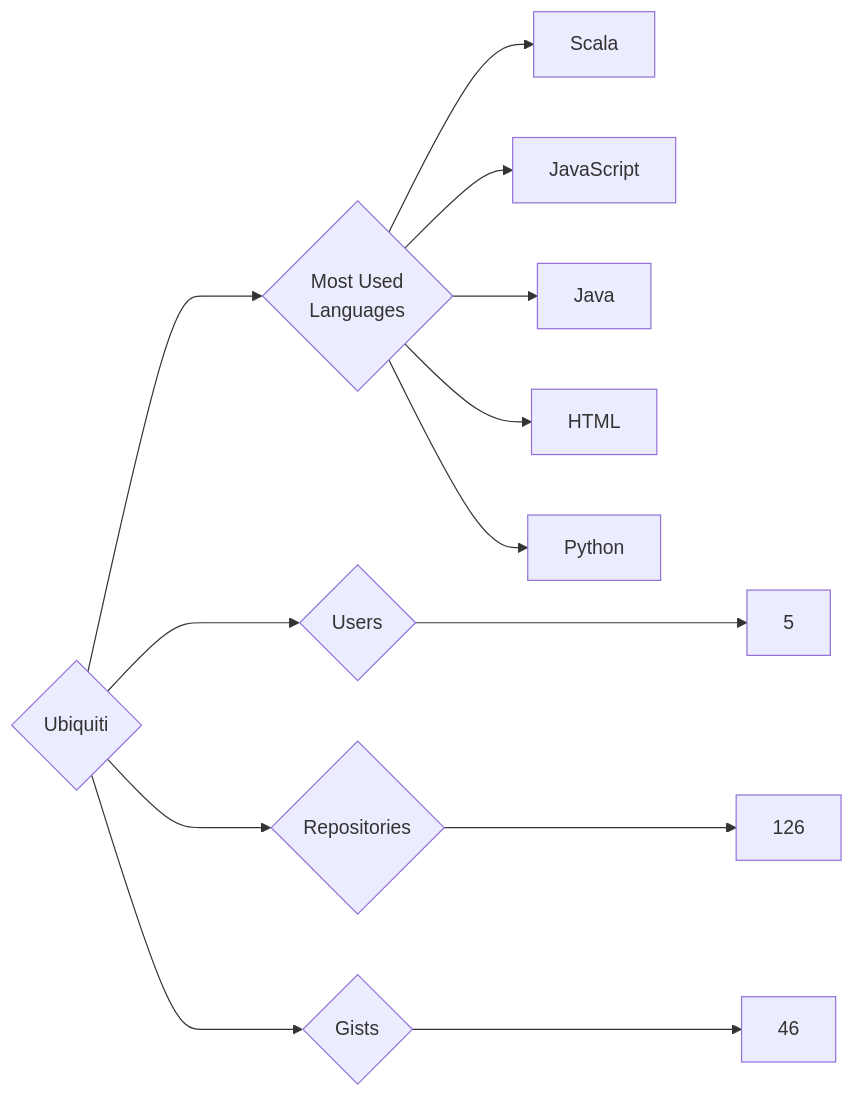
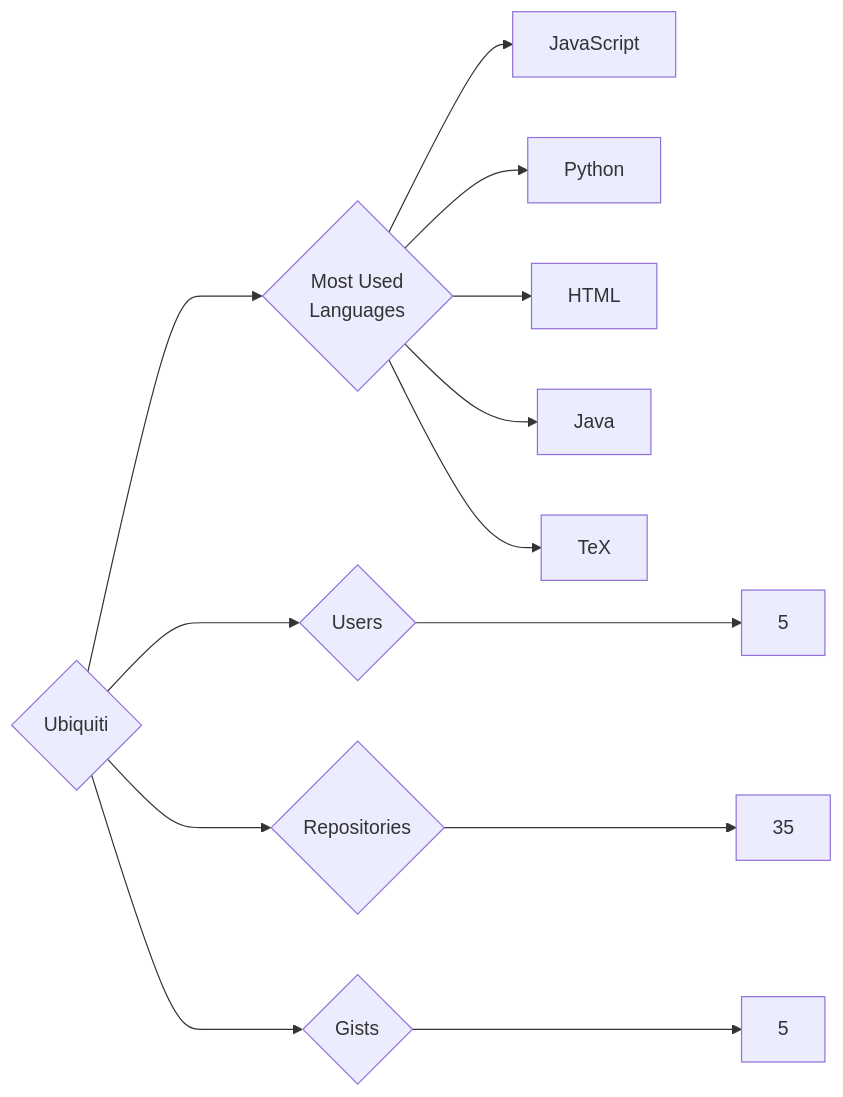
The diagram in targets/Ubiquiti/README.md (trickest/insiders), drawn with Mermaid before and after one commit. The commit also changed 1496 other files, not shown here.

````diff
--- a/targets/Ubiquiti/README.md
+++ b/targets/Ubiquiti/README.md
@@ -3,13 +3,13 @@
 ```mermaid
 graph LR
 COMPANY_NAME{Ubiquiti}
 COMPANY_NAME ---> U{Users} ---> UN[5]
-COMPANY_NAME ---> R{Repositories} ---> RN[126]
-COMPANY_NAME ---> G{Gists} ---> GN[46]
+COMPANY_NAME ---> R{Repositories} ---> RN[35]
+COMPANY_NAME ---> G{Gists} ---> GN[5]
 COMPANY_NAME ---> ML{Most Used<br>Languages}
-ML --> Scala[Scala]
 ML --> JavaScript[JavaScript]
+ML --> Python[Python]
+ML --> HTML[HTML]
 ML --> Java[Java]
-ML --> HTML[HTML]
-ML --> Python[Python]
+ML --> TeX[TeX]
 ```
````
